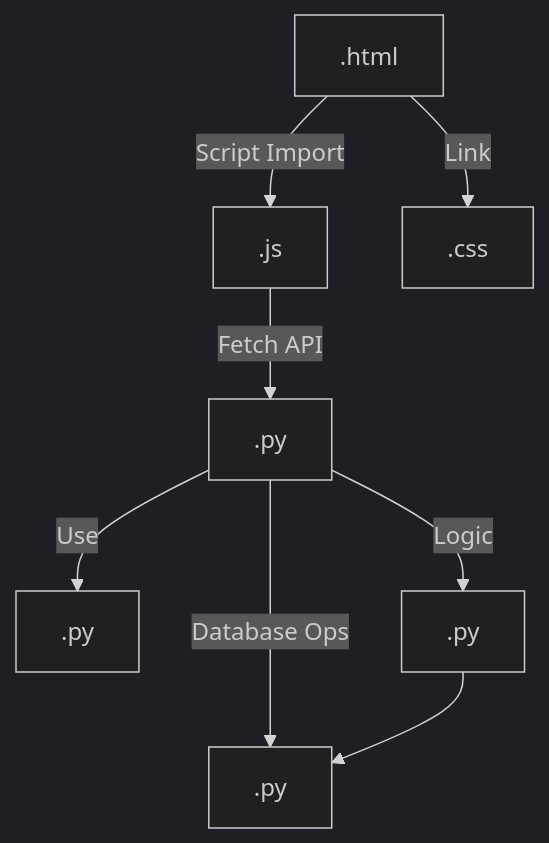
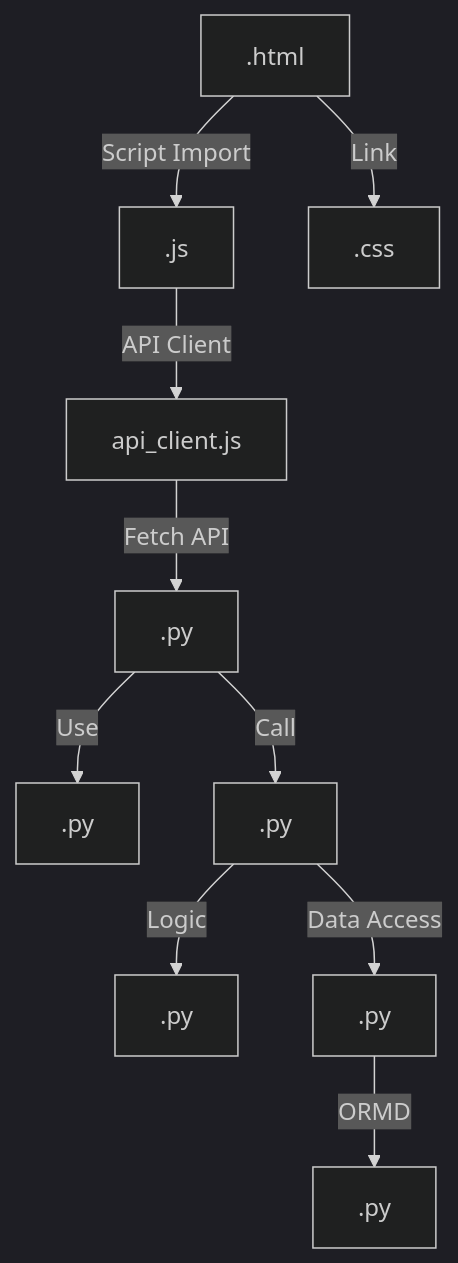
The diagram in GUIA_DESARROLLO.md (MarianoJAC/AUTOPASS), drawn with Mermaid (dark theme) before and after one commit. The commit also changed other lines of this file and 28 other files, not shown here.

````diff
--- a/GUIA_DESARROLLO.md
+++ b/GUIA_DESARROLLO.md
@@ -60,10 +62,12 @@
 ```mermaid
 graph TD
     Templates[.html] -->|Script Import| JS[.js]
     Templates -->|Link| CSS[.css]
-    JS -->|Fetch API| Routers[.py]
+    JS -->|API Client| apiClient[api_client.js]
+    apiClient -->|Fetch API| Routers[.py]
     Routers -->|Use| Schemas[.py]
-    Routers -->|Database Ops| Models[.py]
-    Routers -->|Logic| BillingService[.py]
-    BillingService --> Models
+    Routers -->|Call| Services[.py]
+    Services -->|Logic| BillingService[.py]
+    Services -->|Data Access| Repositories[.py]
+    Repositories -->|ORMD| Models[.py]
 ```
````
